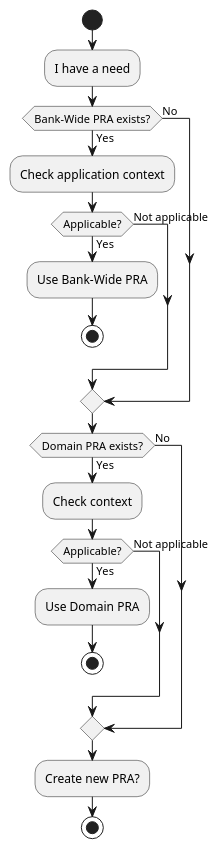
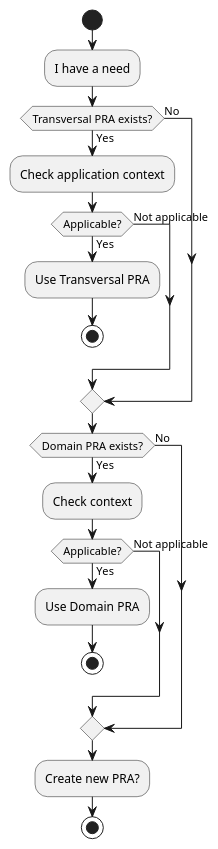
One commit to KiyaliHQ/proven-reusable-architecture changed the sixth of 6 diagrams in content/guides/en/understanding-pra.adoc. Above: the diagram before and after it, drawn with PlantUML. The commit also changed other lines of this file and 98 other files, not shown here.

```diff
--- a/content/guides/en/understanding-pra.adoc
+++ b/content/guides/en/understanding-pra.adoc
@@ -261,27 +261,27 @@
 [plantuml]
 ----
 @startuml
 start
 :I have a need;
-if (Bank-Wide PRA exists?) then (Yes)
+if (Transversal PRA exists?) then (Yes)
   :Check application context;
   if (Applicable?) then (Yes)
-    :Use Bank-Wide PRA;
+    :Use Transversal PRA;
     stop
   else (Not applicable)
   endif
 else (No)
 endif
 if (Domain PRA exists?) then (Yes)
   :Check context;
   if (Applicable?) then (Yes)
     :Use Domain PRA;
     stop
   else (Not applicable)
   endif
 else (No)
 endif
 :Create new PRA?;
 stop
 @enduml
 ----
```
